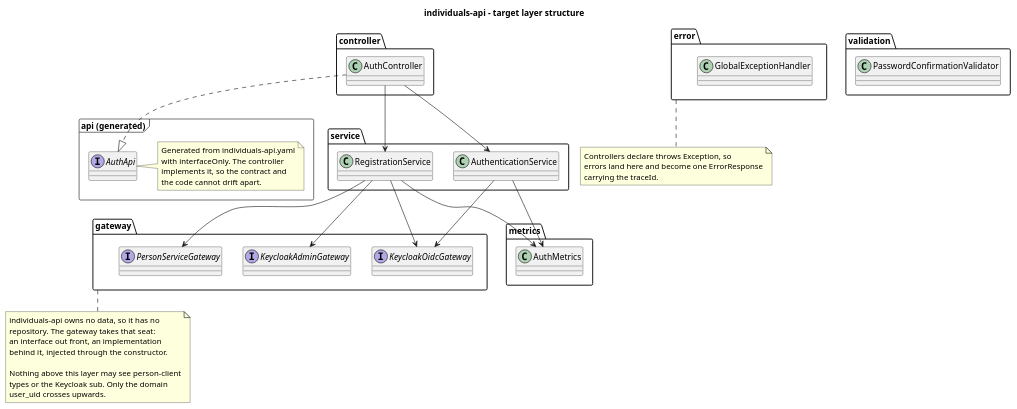
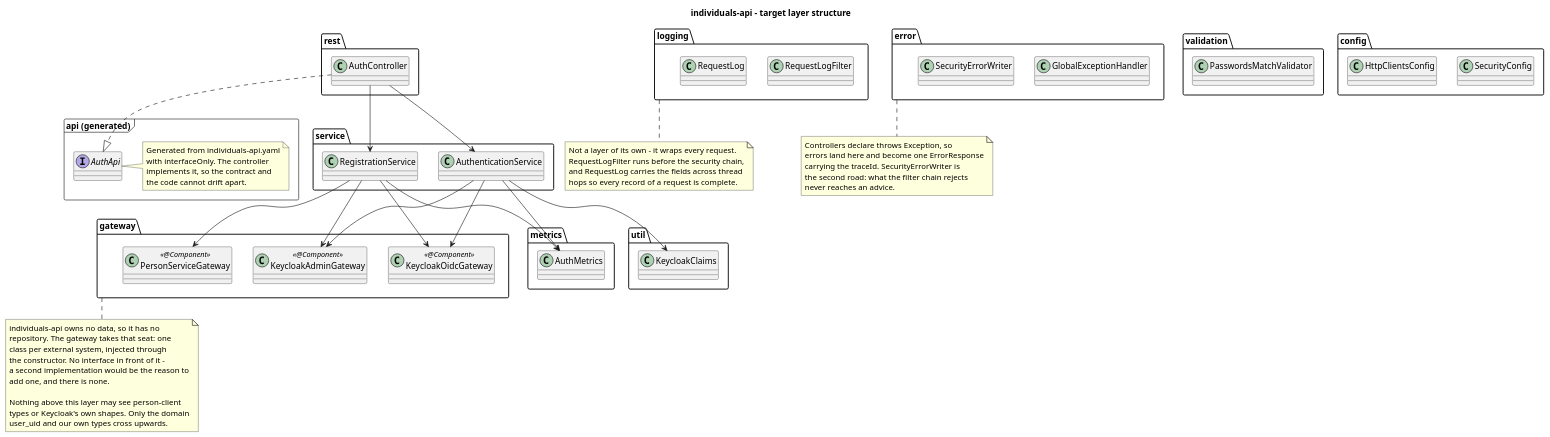
The diagram in docs/layers.puml (dezxxx/payment-platform), drawn with PlantUML before and after one commit. The commit also changed 16 other files, not shown here.

Commit message:
docs: mirror the diagrams in Russian and match them to the code

```diff
--- a/docs/layers.puml
+++ b/docs/layers.puml
@@ -1,73 +1,101 @@
 @startuml layers
 title individuals-api - target layer structure
 
 skinparam shadowing false
 skinparam classAttributeIconSize 0
 
 package "api (generated)" <<Frame>> {
   interface AuthApi
   note right of AuthApi
     Generated from individuals-api.yaml
     with interfaceOnly. The controller
     implements it, so the contract and
     the code cannot drift apart.
   end note
 }
 
-package controller {
+package rest {
   class AuthController
 }
 
 package service {
   class RegistrationService
   class AuthenticationService
 }
 
 package gateway {
-  interface PersonServiceGateway
-  interface KeycloakAdminGateway
-  interface KeycloakOidcGateway
+  class PersonServiceGateway <<@Component>>
+  class KeycloakAdminGateway <<@Component>>
+  class KeycloakOidcGateway <<@Component>>
 }
 
 package validation {
-  class PasswordConfirmationValidator
+  class PasswordsMatchValidator
 }
 
 package error {
   class GlobalExceptionHandler
+  class SecurityErrorWriter
+}
+
+package logging {
+  class RequestLogFilter
+  class RequestLog
+}
+
+package config {
+  class SecurityConfig
+  class HttpClientsConfig
+}
+
+package util {
+  class KeycloakClaims
 }
 
 package metrics {
   class AuthMetrics
 }
 
 AuthController ..|> AuthApi
 AuthController --> RegistrationService
 AuthController --> AuthenticationService
 
 RegistrationService --> PersonServiceGateway
 RegistrationService --> KeycloakAdminGateway
 RegistrationService --> KeycloakOidcGateway
 AuthenticationService --> KeycloakOidcGateway
 
 RegistrationService --> AuthMetrics
 AuthenticationService --> AuthMetrics
+AuthenticationService --> KeycloakAdminGateway
+AuthenticationService --> KeycloakClaims
 
 note bottom of gateway
   individuals-api owns no data, so it has no
-  repository. The gateway takes that seat:
-  an interface out front, an implementation
-  behind it, injected through the constructor.
+  repository. The gateway takes that seat: one
+  class per external system, injected through
+  the constructor. No interface in front of it -
+  a second implementation would be the reason to
+  add one, and there is none.
 
   Nothing above this layer may see person-client
-  types or the Keycloak sub. Only the domain
-  user_uid crosses upwards.
+  types or Keycloak's own shapes. Only the domain
+  user_uid and our own types cross upwards.
+end note
+
+note bottom of logging
+  Not a layer of its own - it wraps every request.
+  RequestLogFilter runs before the security chain,
+  and RequestLog carries the fields across thread
+  hops so every record of a request is complete.
 end note
 
 note bottom of error
   Controllers declare throws Exception, so
   errors land here and become one ErrorResponse
-  carrying the traceId.
+  carrying the traceId. SecurityErrorWriter is
+  the second road: what the filter chain rejects
+  never reaches an advice.
 end note
 
 @enduml
```
